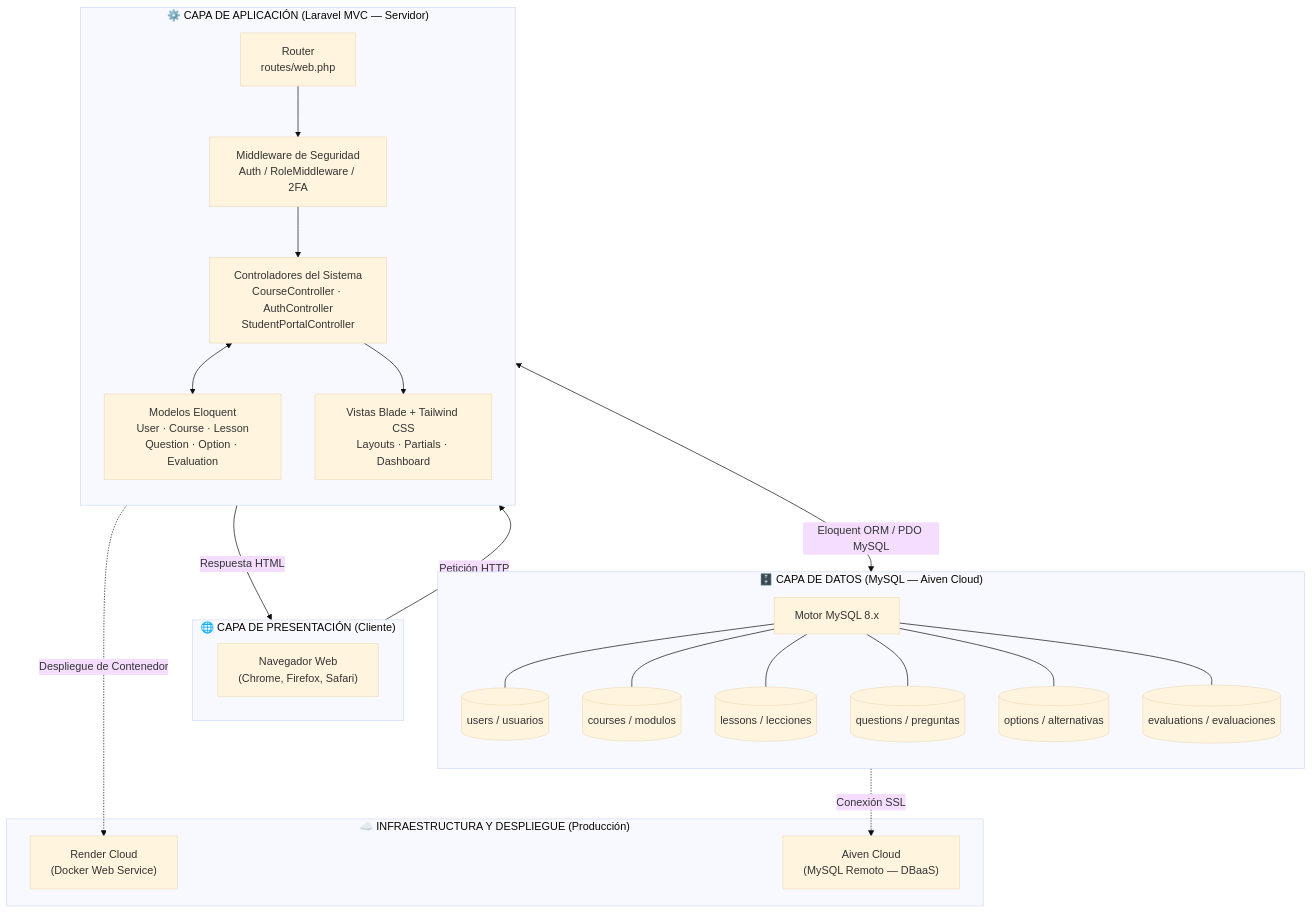
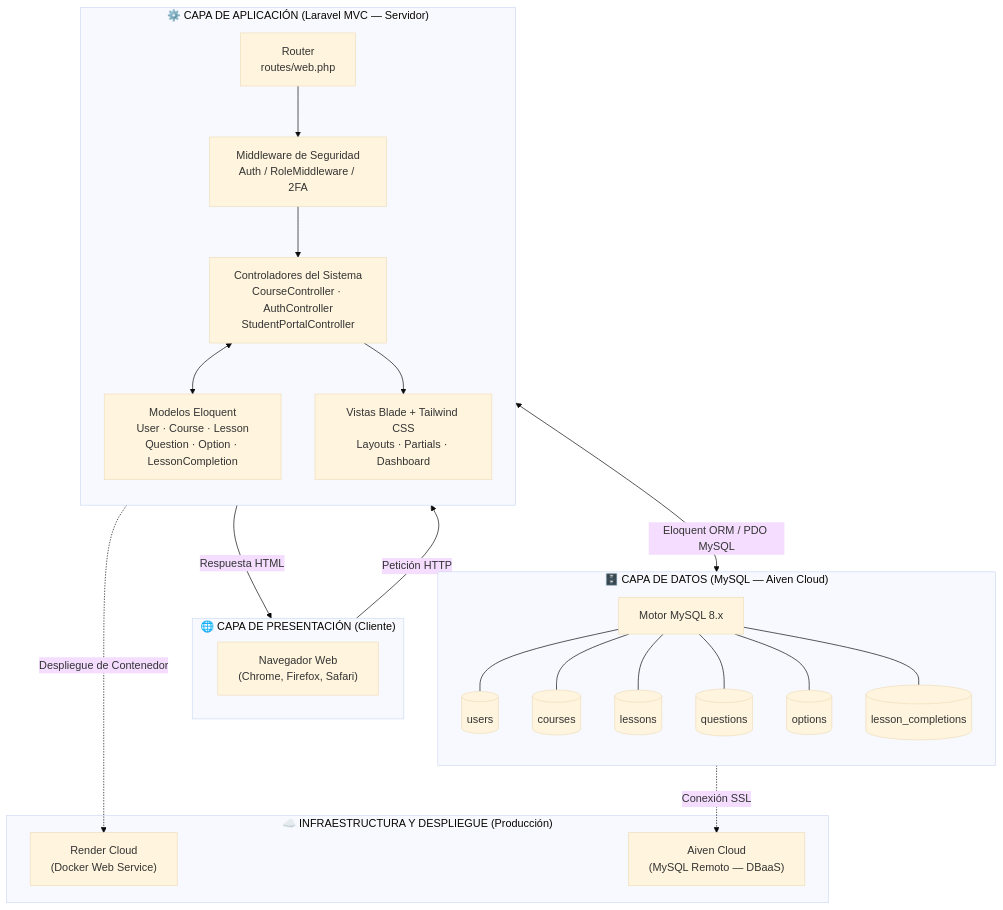
One commit to Jose-Sierra082005/sistema-militar-unefa changed the first of 7 diagrams in README.md. Above: the diagram before and after it, drawn with Mermaid (base theme). The commit also changed other lines of this file and 2 other files, not shown here.

Commit message:
docs: actualizar README con diagramas reales de BD, casos de uso y modulos correctos del sistema

````diff
--- a/README.md
+++ b/README.md
@@ -49,43 +50,43 @@
 ```mermaid
 graph TB
     subgraph CLIENT["🌐 CAPA DE PRESENTACIÓN (Cliente)"]
         direction LR
         BROWSER["Navegador Web<br/>(Chrome, Firefox, Safari)"]
     end
 
     subgraph LARAVEL["⚙️ CAPA DE APLICACIÓN (Laravel MVC — Servidor)"]
         direction TB
         ROUTER["Router<br/>routes/web.php"]
         MIDDLEWARE["Middleware de Seguridad<br/>Auth / RoleMiddleware / 2FA"]
         CONTROLLER["Controladores del Sistema<br/>CourseController · AuthController<br/>StudentPortalController"]
-        MODEL["Modelos Eloquent<br/>User · Course · Lesson<br/>Question · Option · Evaluation"]
+        MODEL["Modelos Eloquent<br/>User · Course · Lesson<br/>Question · Option · LessonCompletion"]
         VIEW["Vistas Blade + Tailwind CSS<br/>Layouts · Partials · Dashboard"]
     end
 
     subgraph DATA["🗄️ CAPA DE DATOS (MySQL — Aiven Cloud)"]
         direction TB
         DB["Motor MySQL 8.x"]
-        T1[("users / usuarios")]
-        T2[("courses / modulos")]
-        T3[("lessons / lecciones")]
-        T4[("questions / preguntas")]
-        T5[("options / alternativas")]
-        T6[("evaluations / evaluaciones")]
+        T1[("users")]
+        T2[("courses")]
+        T3[("lessons")]
+        T4[("questions")]
+        T5[("options")]
+        T6[("lesson_completions")]
     end
 
     subgraph DEPLOY["☁️ INFRAESTRUCTURA Y DESPLIEGUE (Producción)"]
         RENDER["Render Cloud<br/>(Docker Web Service)"]
         AIVEN["Aiven Cloud<br/>(MySQL Remoto — DBaaS)"]
     end
 
     BROWSER -->|"Petición HTTP"| ROUTER
     ROUTER --> MIDDLEWARE
     MIDDLEWARE --> CONTROLLER
     CONTROLLER <--> MODEL
     CONTROLLER --> VIEW
     VIEW -->|"Respuesta HTML"| BROWSER
     MODEL <-->|"Eloquent ORM / PDO MySQL"| DB
     DB --- T1 & T2 & T3 & T4 & T5 & T6
     LARAVEL -.->|"Despliegue de Contenedor"| RENDER
     DATA -.->|"Conexión SSL"| AIVEN
 ```
````
